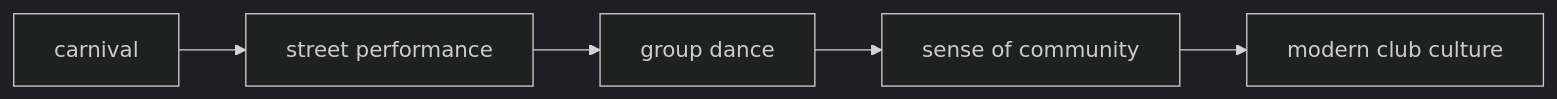
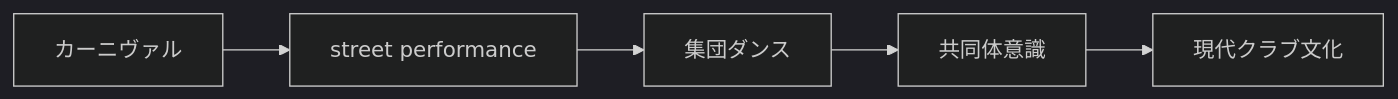
The fourth of 11 diagrams in en/_posts/2026-05-16-column-martinique.md (monumental-movement/monumental-movement.github.io), drawn with Mermaid (dark theme) before and after one commit. The commit also changed other lines of this file and 2196 other files, not shown here.

```diff
--- a/en/_posts/2026-05-16-column-martinique.md
+++ b/en/_posts/2026-05-16-column-martinique.md
@@ -175,7 +175,7 @@
 <div class="mermaid">
 flowchart LR
-A[carnival] --> B[street performance]
-B --> C[group dance]
-C --> D[sense of community]
-D --> E[modern club culture]
+A[カーニヴァル] --> B[street performance]
+B --> C[集団ダンス]
+C --> D[共同体意識]
+D --> E[現代クラブ文化]
 </div>
```
